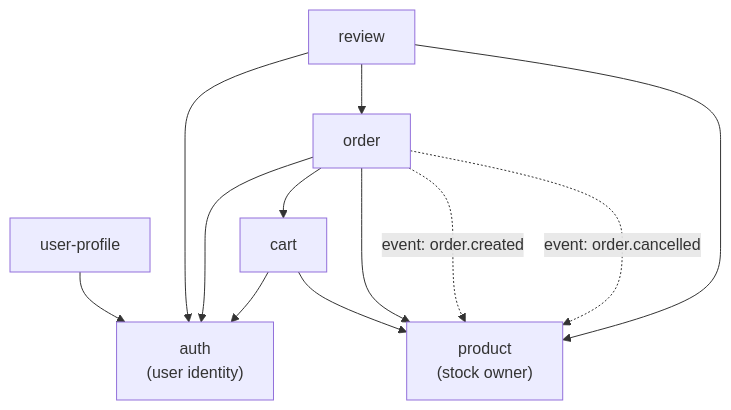
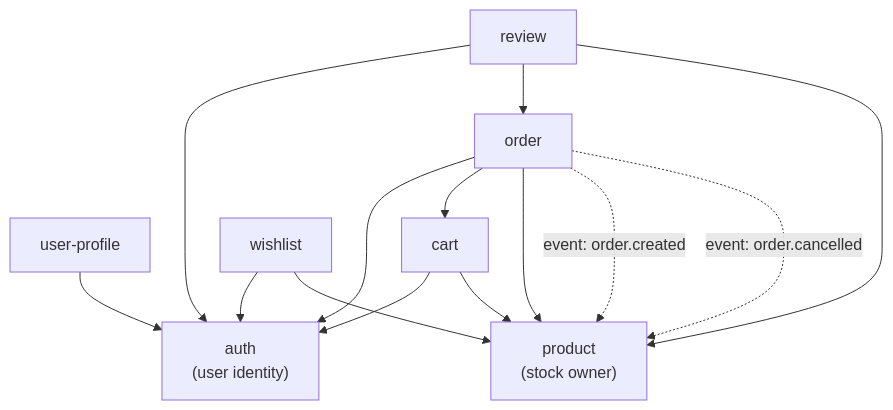
Before and after one commit to Hy-Khang/E-commerce-shop-Amazon-: the third of 3 diagrams in backend-nestjs/docs/BE-ARCHITECTURE.md, drawn with Mermaid. The commit also changed other lines of this file and 18 other files, not shown here.

````diff
--- a/backend-nestjs/docs/BE-ARCHITECTURE.md
+++ b/backend-nestjs/docs/BE-ARCHITECTURE.md
@@ -196,17 +198,20 @@
 ```mermaid
 graph TD
     Auth["auth<br/>(user identity)"]
     UP["user-profile"] --> Auth
     Cart["cart"] --> Auth
     Cart --> Product["product<br/>(stock owner)"]
     Order["order"] --> Auth
     Order --> Cart
     Order --> Product
     Review["review"] --> Auth
     Review --> Order
     Review --> Product
 
+    Wishlist["wishlist"] --> Auth
+    Wishlist --> Product
+
     Order -.->|event: order.created| Product
     Order -.->|event: order.cancelled| Product
 
 ```
````
